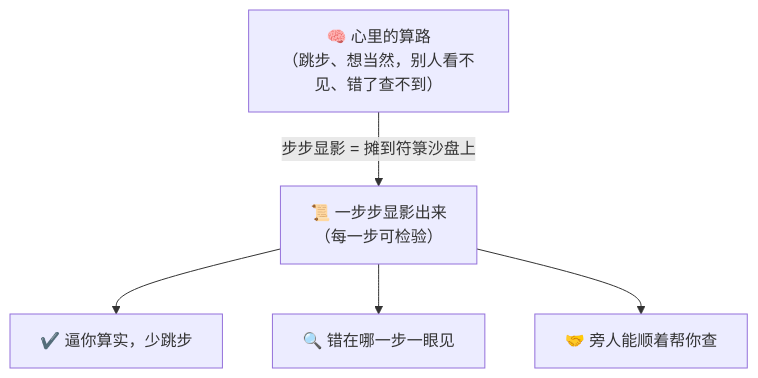
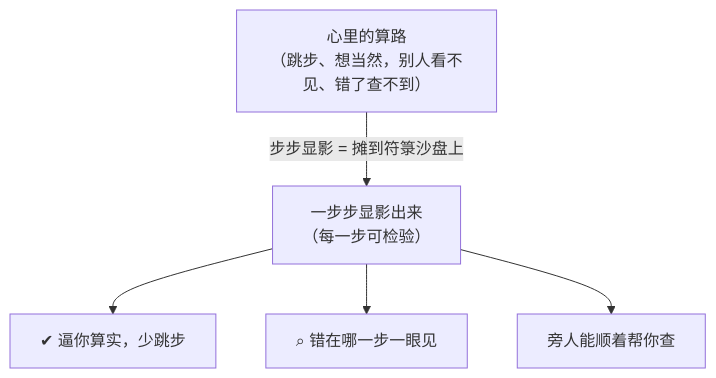
Before and after one commit to luckykhy/KhyAiHub: the second of 3 diagrams in docs/09_STORY_修仙学AI/STORY-番外/[STORY-番外-107] 番外08·步步推演·显影心算.md, drawn with Mermaid. The commit also changed other lines of this file and 19 other files, not shown here.

````diff
--- a/docs/09_STORY_修仙学AI/STORY-番外/[STORY-番外-107] 番外08·步步推演·显影心算.md
+++ b/docs/09_STORY_修仙学AI/STORY-番外/[STORY-番外-107] 番外08·步步推演·显影心算.md
@@ -83,8 +83,8 @@
 ```mermaid
 flowchart TB
-  MIND["🧠 心里的算路<br/>（跳步、想当然，别人看不见、错了查不到）"]
-  MIND -->|"步步显影 = 摊到符箓沙盘上"| PAPER["📜 一步步显影出来<br/>（每一步可检验）"]
-  PAPER --> V1["✔️ 逼你算实，少跳步"]
-  PAPER --> V2["🔍 错在哪一步一眼见"]
-  PAPER --> V3["🤝 旁人能顺着帮你查"]
+  MIND["心里的算路<br/>（跳步、想当然，别人看不见、错了查不到）"]
+  MIND -->|"步步显影 = 摊到符箓沙盘上"| PAPER["一步步显影出来<br/>（每一步可检验）"]
+  PAPER --> V1["✔ 逼你算实，少跳步"]
+  PAPER --> V2["⌕ 错在哪一步一眼见"]
+  PAPER --> V3["旁人能顺着帮你查"]
 ```
````
